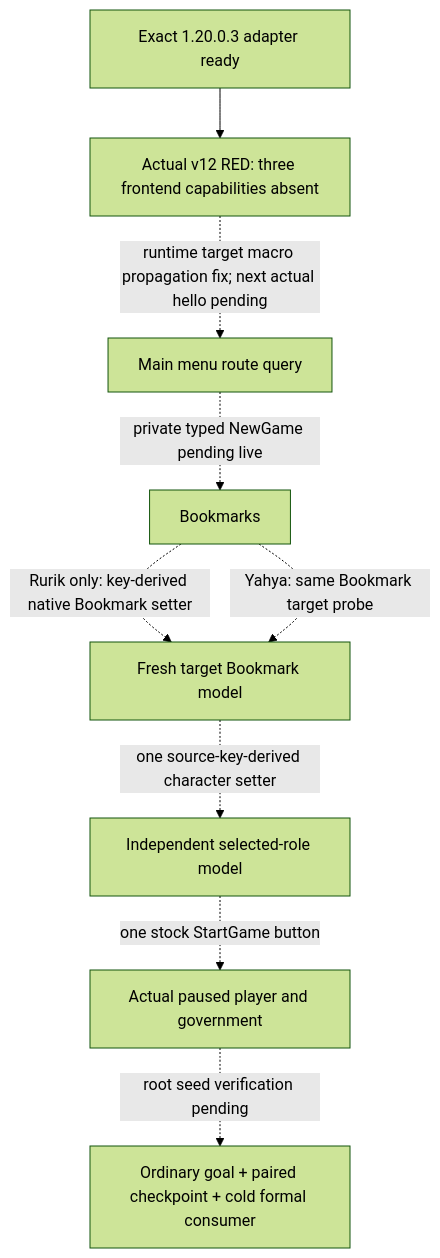
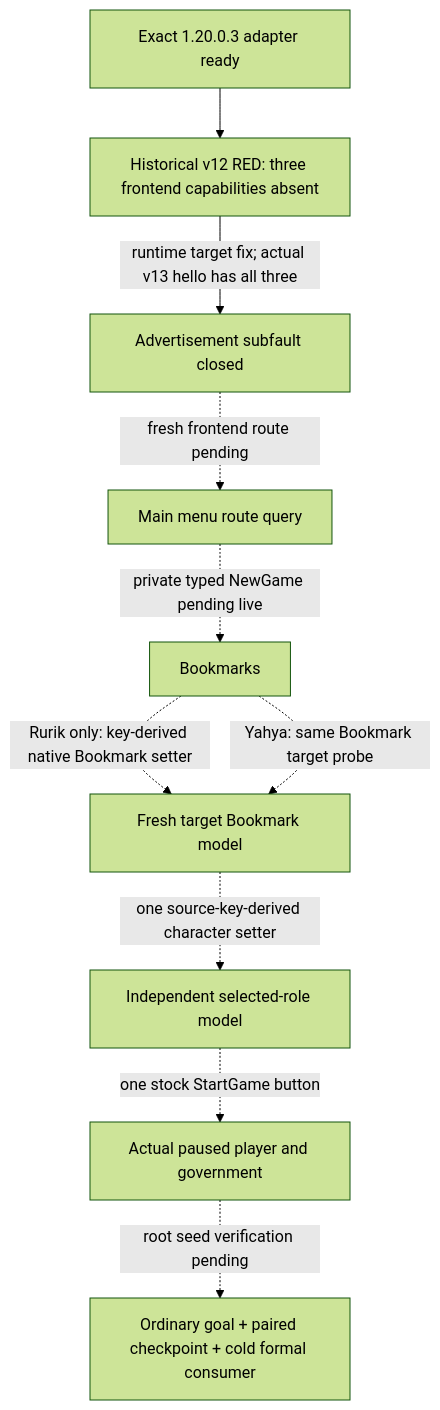
One commit to XenoAmess/ck3_eternal_recurrence changed the second of 2 diagrams in docs/ck3-native-ai/frontend-1066-selected-model.md. Above: the diagram before and after it, drawn with Mermaid (forest theme). The commit also changed other lines of this file and 12 other files, not shown here.

````diff
--- a/docs/ck3-native-ai/frontend-1066-selected-model.md
+++ b/docs/ck3-native-ai/frontend-1066-selected-model.md
@@ -169,11 +187,12 @@
 ```mermaid
 flowchart TD
-  A[Exact 1.20.0.3 adapter ready] --> R[Actual v12 RED: three frontend capabilities absent]
-  R -. runtime target macro propagation fix; next actual hello pending .-> A1[Main menu route query]
+  A[Exact 1.20.0.3 adapter ready] --> R[Historical v12 RED: three frontend capabilities absent]
+  R -->|runtime target fix; actual v13 hello has all three| H[Advertisement subfault closed]
+  H -. fresh frontend route pending .-> A1[Main menu route query]
   A1 -. private typed NewGame pending live .-> B[Bookmarks]
   B -. Rurik only: key-derived native Bookmark setter .-> C[Fresh target Bookmark model]
   B -. Yahya: same Bookmark target probe .-> C
   C -. one source-key-derived character setter .-> D[Independent selected-role model]
   D -. one stock StartGame button .-> E[Actual paused player and government]
   E -. root seed verification pending .-> F[Ordinary goal + paired checkpoint + cold formal consumer]
 ```
````
